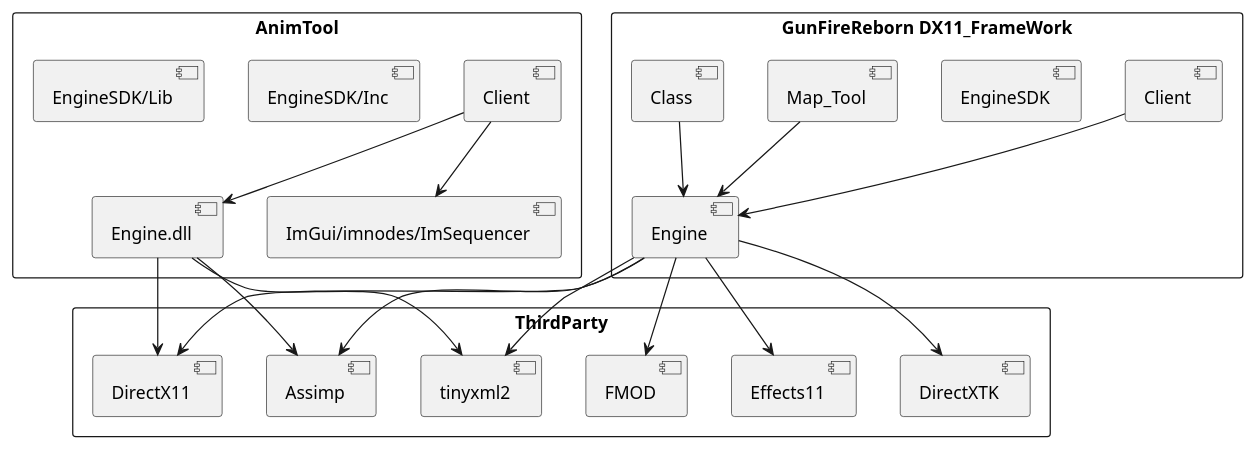
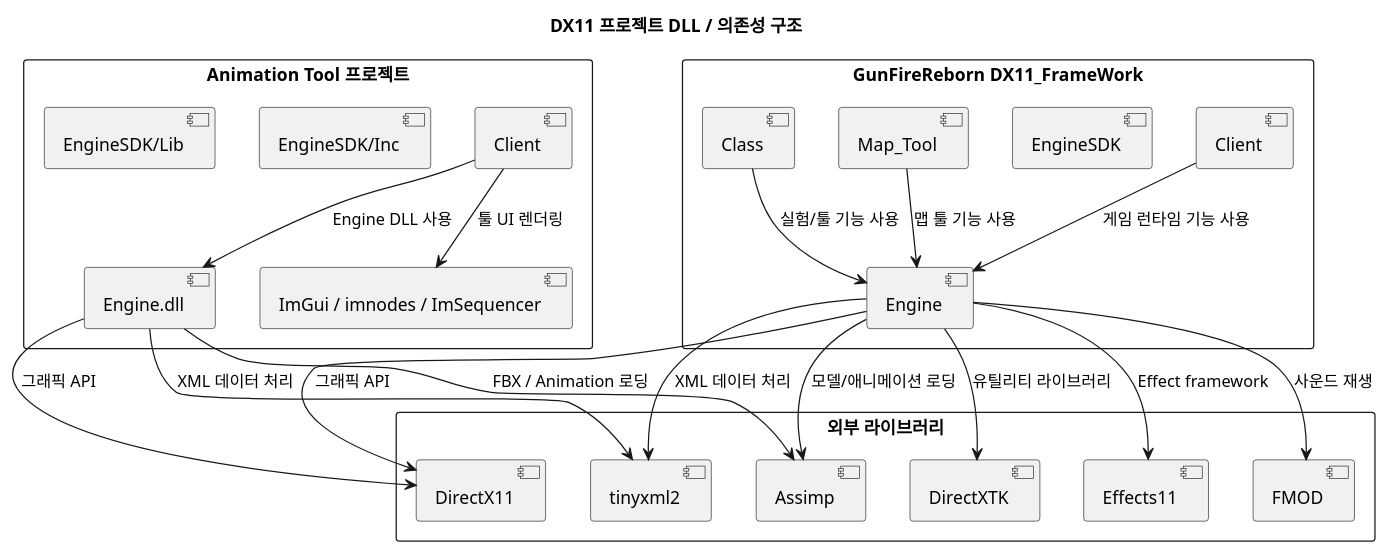
The diagram in shared/uml/PackageStructure.puml (starkshn/md-docs), drawn with PlantUML before and after one commit. The commit also changed 24 other files, not shown here.

Commit message:
docs: localize PlantUML labels to Korean

```diff
--- a/shared/uml/PackageStructure.puml
+++ b/shared/uml/PackageStructure.puml
@@ -1,40 +1,43 @@
 @startuml
 skinparam packageStyle rectangle
-package "AnimTool" {
+
+title DX11 프로젝트 DLL / 의존성 구조
+
+package "Animation Tool 프로젝트" {
   [Client] as ATClient
   [Engine.dll] as ATEngine
   [EngineSDK/Inc] as ATInc
   [EngineSDK/Lib] as ATLib
-  [ImGui/imnodes/ImSequencer] as ToolUI
+  [ImGui / imnodes / ImSequencer] as ToolUI
 }
 package "GunFireReborn DX11_FrameWork" {
   [Client] as GFClient
   [Engine] as GFEngine
   [EngineSDK] as GFSDK
   [Map_Tool] as GFMapTool
   [Class] as GFClass
 }
-package "ThirdParty" {
+package "외부 라이브러리" {
   [DirectX11]
   [DirectXTK]
   [Assimp]
   [Effects11]
   [FMOD]
   [tinyxml2]
 }
 
-ATClient --> ATEngine
-ATClient --> ToolUI
-ATEngine --> DirectX11
-ATEngine --> Assimp
-ATEngine --> tinyxml2
-GFClient --> GFEngine
-GFMapTool --> GFEngine
-GFClass --> GFEngine
-GFEngine --> DirectX11
-GFEngine --> DirectXTK
-GFEngine --> Assimp
-GFEngine --> Effects11
-GFEngine --> FMOD
-GFEngine --> tinyxml2
+ATClient --> ATEngine : Engine DLL 사용
+ATClient --> ToolUI : 툴 UI 렌더링
+ATEngine --> DirectX11 : 그래픽 API
+ATEngine --> Assimp : FBX / Animation 로딩
+ATEngine --> tinyxml2 : XML 데이터 처리
+GFClient --> GFEngine : 게임 런타임 기능 사용
+GFMapTool --> GFEngine : 맵 툴 기능 사용
+GFClass --> GFEngine : 실험/툴 기능 사용
+GFEngine --> DirectX11 : 그래픽 API
+GFEngine --> DirectXTK : 유틸리티 라이브러리
+GFEngine --> Assimp : 모델/애니메이션 로딩
+GFEngine --> Effects11 : Effect framework
+GFEngine --> FMOD : 사운드 재생
+GFEngine --> tinyxml2 : XML 데이터 처리
 @enduml
```
